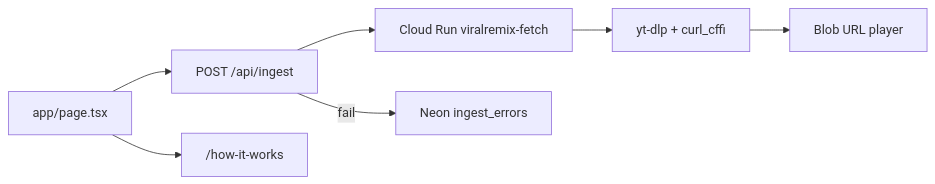
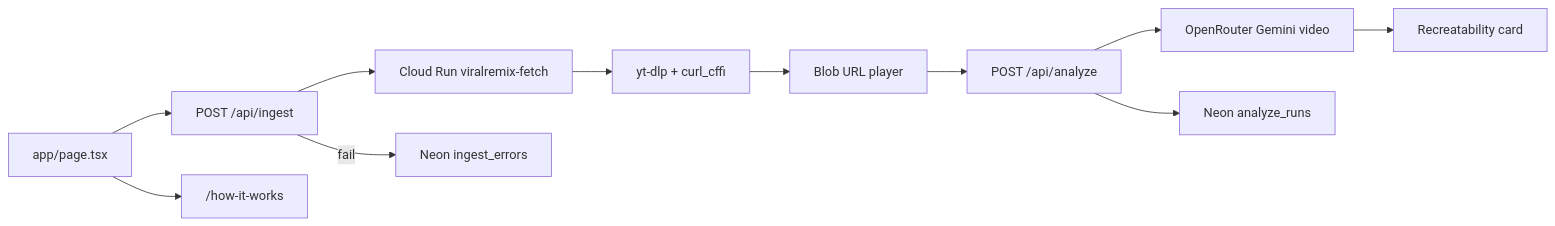
The diagram in docs/LIVE.md (sid-kiwilab/viralremix), drawn with Mermaid before and after one commit. The commit also changed other lines of this file and 15 other files, not shown here.

Commit message:
Implement auto-analyze feature for video recreatability in Viral Remix; added new API endpoint for analysis, updated UI components for displaying results, and enhanced styling for the recreatability card. Updated README and environment configuration to reflect new dependencies and functionality.

````diff
--- a/docs/LIVE.md
+++ b/docs/LIVE.md
@@ -39,9 +39,13 @@
 ```mermaid
 flowchart LR
   Home["app/page.tsx"] --> Ingest["POST /api/ingest"]
   Ingest --> CloudRun["Cloud Run viralremix-fetch"]
   CloudRun --> YtDlp["yt-dlp + curl_cffi"]
   YtDlp --> Browser["Blob URL player"]
+  Browser --> Analyze["POST /api/analyze"]
+  Analyze --> OpenRouter["OpenRouter Gemini video"]
+  OpenRouter --> Score["Recreatability card"]
+  Analyze --> Runs["Neon analyze_runs"]
   Ingest -->|fail| Neon["Neon ingest_errors"]
   Home --> How["/how-it-works"]
 ```
````
